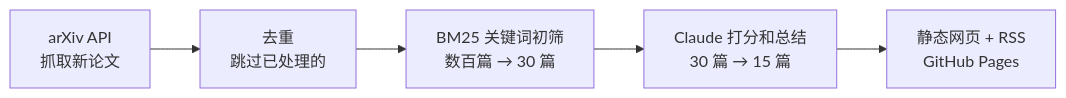
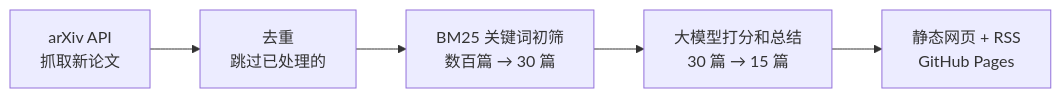
One commit to zy3019/arxiv-radar changed the diagram in README.md. Above: the diagram before and after it, drawn with Mermaid. The commit also changed other lines of this file and 12 other files, not shown here.

````diff
--- a/README.md
+++ b/README.md
@@ -11,7 +11,7 @@
 ```mermaid
 flowchart LR
     A[arXiv API<br/>抓取新论文] --> B[去重<br/>跳过已处理的]
     B --> C[BM25 关键词初筛<br/>数百篇 → 30 篇]
-    C --> D[Claude 打分和总结<br/>30 篇 → 15 篇]
+    C --> D[大模型打分和总结<br/>30 篇 → 15 篇]
     D --> E[静态网页 + RSS<br/>GitHub Pages]
 ```
````
